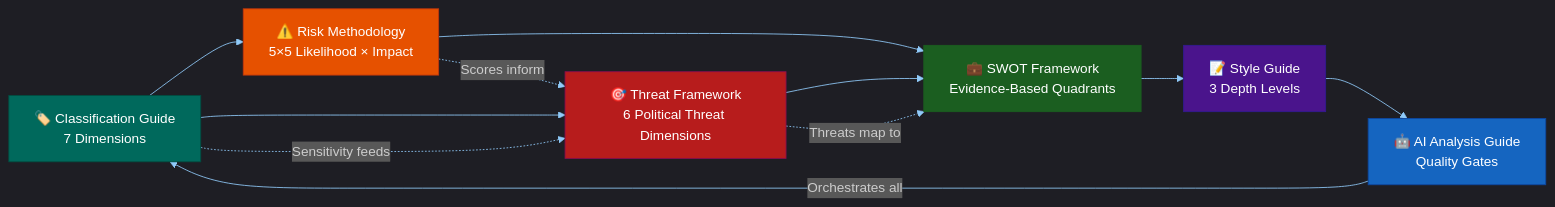
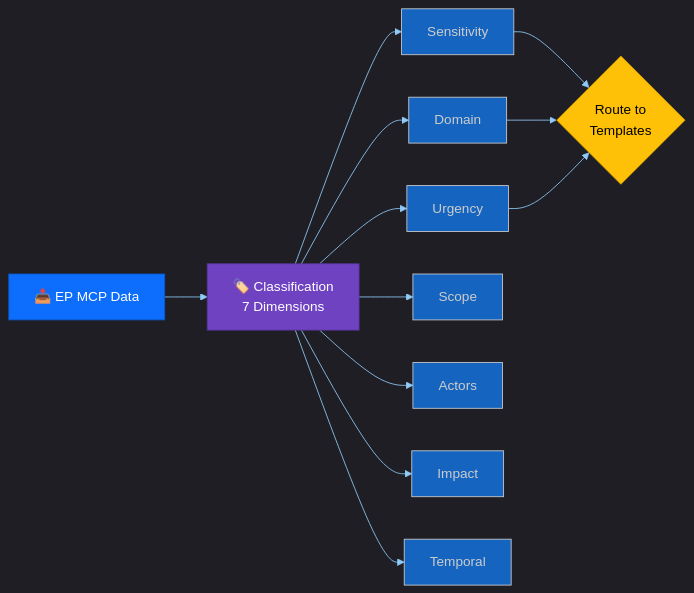
One commit to Hack23/euparliamentmonitor changed the fifth of 16 diagrams in docs/api/media/README-9.md. Above: the diagram before and after it, drawn with Mermaid. The commit also changed other lines of this file and 1553 other files, not shown here.

````diff
--- a/docs/api/media/README-9.md
+++ b/docs/api/media/README-9.md
@@ -159,21 +341,17 @@
 ```mermaid
 %%{init: {"theme":"dark","themeVariables":{"primaryColor":"#1565C0","primaryTextColor":"#ffffff","primaryBorderColor":"#0A3F7F","lineColor":"#90CAF9","secondaryColor":"#2E7D32","secondaryTextColor":"#ffffff","secondaryBorderColor":"#0F3F00","tertiaryColor":"#FF9800","tertiaryTextColor":"#000000","tertiaryBorderColor":"#7F4F00","mainBkg":"#1565C0","secondBkg":"#2E7D32","tertiaryBkg":"#FF9800","noteBkgColor":"#FFC107","noteTextColor":"#000000","noteBorderColor":"#7F6000","errorBkgColor":"#D32F2F","errorTextColor":"#ffffff","fontFamily":"Inter, Helvetica, Arial, sans-serif","pie1":"#1565C0","pie2":"#2E7D32","pie3":"#FF9800","pie4":"#D32F2F","pie5":"#FFC107","pie6":"#7B1FA2","pie7":"#9E9E9E","pie8":"#0288D1","pie9":"#388E3C","pie10":"#F57C00","pie11":"#C62828","pie12":"#FBC02D","pieTitleTextSize":"18px","pieSectionTextSize":"14px","pieLegendTextSize":"13px","pieStrokeColor":"#1e1e1e","pieOuterStrokeColor":"#1e1e1e","git0":"#1565C0","git1":"#2E7D32","git2":"#FF9800","git3":"#D32F2F","gitBranchLabel0":"#ffffff","gitBranchLabel1":"#ffffff","gitBranchLabel2":"#000000","gitBranchLabel3":"#ffffff","cScale0":"#1565C0","cScale1":"#2E7D32","cScale2":"#FF9800","cScale3":"#D32F2F","cScale4":"#FFC107","cScale5":"#7B1FA2","cScale6":"#9E9E9E","cScale7":"#0288D1","xyChart":{"backgroundColor":"#1e1e1e","plotColorPalette":"#1565C0,#2E7D32,#FF9800,#D32F2F,#FFC107,#7B1FA2,#9E9E9E"}}}}%%
-graph LR
-    CG[🏷️ Classification Guide<br/>7 Dimensions] --> RG[⚠️ Risk Methodology<br/>5×5 Likelihood × Impact]
-    CG --> TF[🎯 Threat Framework<br/>6 Political Threat Dimensions]
-    RG --> SW[💼 SWOT Framework<br/>Evidence-Based Quadrants]
-    TF --> SW
-    SW --> SG[📝 Style Guide<br/>3 Depth Levels]
-    SG --> AI[🤖 AI Analysis Guide<br/>Quality Gates]
-    AI -->|Orchestrates all| CG
-    CG -.->|Sensitivity feeds| TF
-    RG -.->|Scores inform| TF
-    TF -.->|Threats map to| SW
+flowchart LR
+    EP["📥 EP MCP Data"] --> CLS["🏷️ Classification<br/>7 Dimensions"]
+    CLS --> S["Sensitivity"]
+    CLS --> D["Domain"]
+    CLS --> U["Urgency"]
+    CLS --> G["Scope"]
+    CLS --> A["Actors"]
+    CLS --> I["Impact"]
+    CLS --> T["Temporal"]
+    S & D & U --> ROUTE{"Route to<br/>Templates"}
 
-    style CG fill:#00695C,stroke:#004D40,color:#FFFFFF
-    style RG fill:#E65100,stroke:#BF360C,color:#FFFFFF
-    style TF fill:#B71C1C,stroke:#880E4F,color:#FFFFFF
-    style SW fill:#1B5E20,stroke:#1B5E20,color:#FFFFFF
-    style SG fill:#4A148C,stroke:#311B92,color:#FFFFFF
-    style AI fill:#1565C0,stroke:#0D47A1,color:#FFFFFF
+    style EP fill:#0d6efd,color:#fff,stroke:#0a58ca
+    style CLS fill:#6f42c1,color:#fff,stroke:#59359a
+    style ROUTE fill:#ffc107,color:#000,stroke:#d39e00
 ```
````
